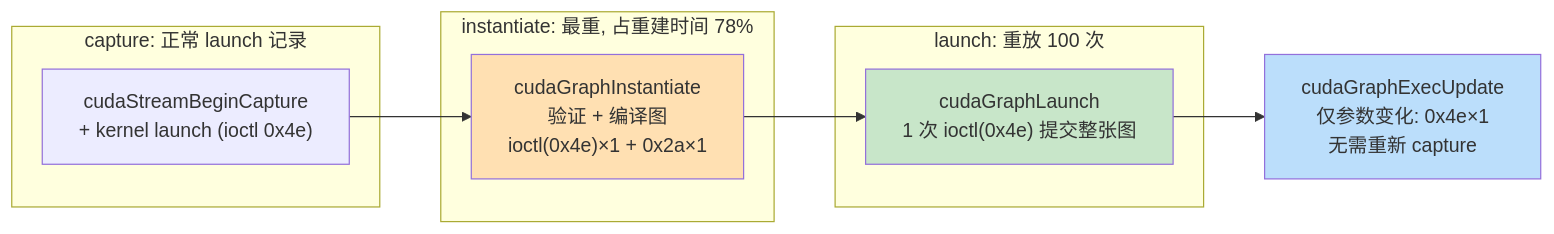
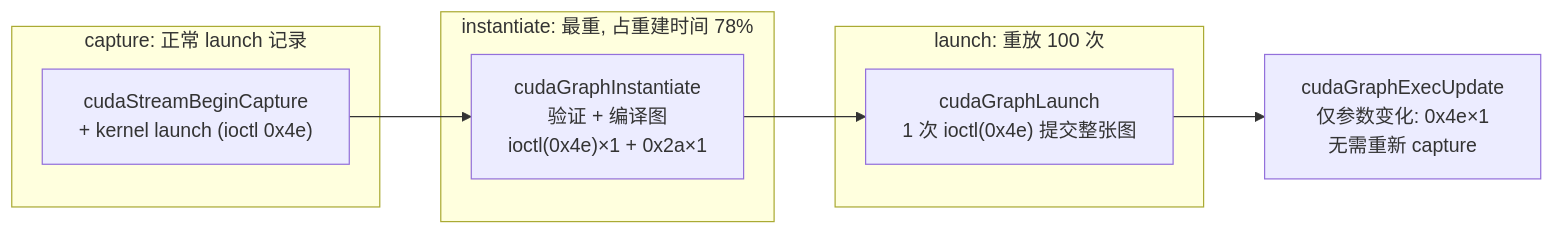
One commit to noisystreet/deep_dive_into_cuda changed the diagram in source/_static/graph_capture_flow.mmd. Above: the diagram before and after it, drawn with Mermaid. The commit also changed 26 other files, not shown here.

First line of the commit message:
Mermaid 图统一黑白样式：去除节点彩色色块

```diff
--- a/source/_static/graph_capture_flow.mmd
+++ b/source/_static/graph_capture_flow.mmd
@@ -1,15 +1,12 @@
 flowchart LR
     subgraph CAP["capture: 正常 launch 记录"]
         A["cudaStreamBeginCapture<br/>+ kernel launch (ioctl 0x4e)"]
     end
     subgraph INST["instantiate: 最重, 占重建时间 78%"]
         B["cudaGraphInstantiate<br/>验证 + 编译图<br/>ioctl(0x4e)×1 + 0x2a×1"]
     end
     subgraph PLAY["launch: 重放 100 次"]
         C["cudaGraphLaunch<br/>1 次 ioctl(0x4e) 提交整张图"]
     end
     A --> B --> C
     C --> U["cudaGraphExecUpdate<br/>仅参数变化: 0x4e×1<br/>无需重新 capture"]
-    style B fill:#ffe0b2
-    style C fill:#c8e6c9
-    style U fill:#bbdefb
```
